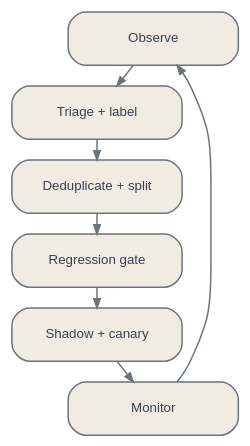
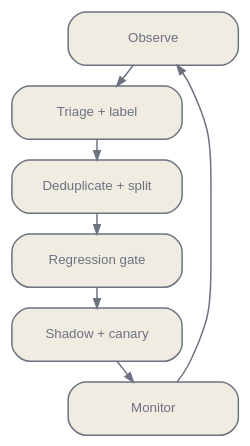
The diagram in en/practice/07-evaluation-and-observability.qmd (latere-ai/ai-as-an-infrastructure), drawn with Graphviz before and after one commit. The commit also changed 1 other file, not shown here.

Commit message:
practice: evaluation loop labels in neutral ink, the slate text color mapped to the categorical blue

````diff
--- a/en/practice/07-evaluation-and-observability.qmd
+++ b/en/practice/07-evaluation-and-observability.qmd
@@ -280,22 +280,22 @@
 ```{dot}
 //| label: fig-eval-loop
 //| fig-cap: "The operating loop separates observation from triage and labeling before a production case can enter a regression suite. Releases move through staged traffic and return to monitoring."
 digraph {
   bgcolor="transparent";
   rankdir=TB;
   nodesep=0.16;
   ranksep=0.2;
   node [shape=box, style="rounded,filled", fontname="Helvetica", fontsize=9,
-        color="#6b7280", fontcolor="#374151", fillcolor="#f1ece1",
+        color="#6b7280", fontcolor="#6b7280", fillcolor="#f1ece1",
         margin="0.12,0.08", width=1.6];
   edge [color="#6b7280", arrowsize=0.62];
   observe [label="Observe"];
   triage [label="Triage + label"];
   suite [label="Deduplicate + split"];
   gate [label="Regression gate"];
   stage [label="Shadow + canary"];
   monitor [label="Monitor"];
   observe -> triage -> suite -> gate -> stage -> monitor;
   monitor -> observe;
 }
 ```
````
